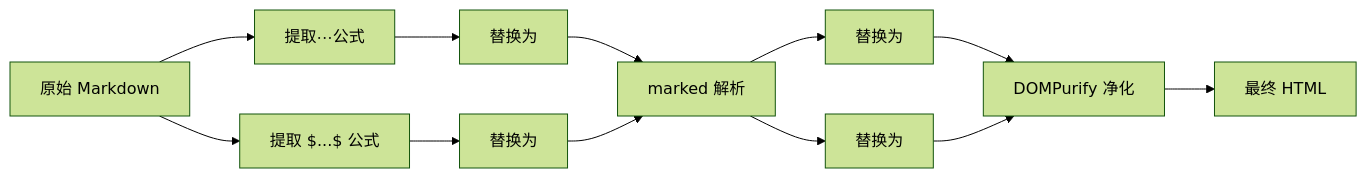
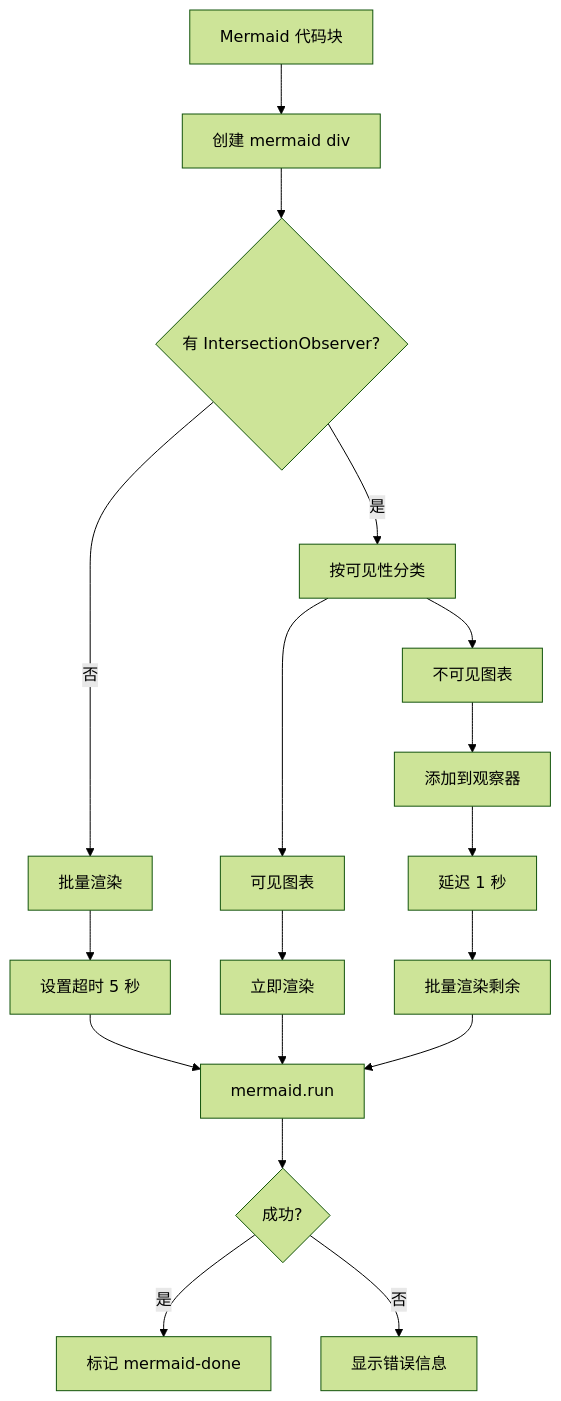
The eighth of 9 diagrams in docs/preview.md (ZCShou/markdown), drawn with Mermaid (forest theme) before and after one commit. The commit also changed other lines of this file and 1 other file, not shown here.

Commit message:
docs: refine architecture and preview documentation with persistence and rendering details

````diff
--- a/docs/preview.md
+++ b/docs/preview.md
@@ -2095,14 +852,24 @@
 ```mermaid
-graph LR
-    A[原始 Markdown] --> B[提取 $$...$$ 公式]
-    A --> C[提取 $...$ 公式]
-    B --> D["替换为 <x-math-block>"]
-    C --> E["替换为 <x-math-inline>"]
-    D --> F[marked 解析]
-    E --> F
-    F --> G["替换为 <div class=math-block>"]
-    F --> H["替换为 <span class=math-inline>"]
-    G --> I[DOMPurify 净化]
-    H --> I
-    I --> J[最终 HTML]
+graph TD
+    A[Mermaid 代码块] --> B[创建 mermaid div]
+    B --> C{有 IntersectionObserver?}
+    C -->|是| D[按可见性分类]
+    C -->|否| E[批量渲染]
+    
+    D --> F[可见图表]
+    D --> G[不可见图表]
+    
+    F --> H[立即渲染]
+    G --> I[添加到观察器]
+    I --> J[延迟 1 秒]
+    J --> K[批量渲染剩余]
+    
+    E --> L[设置超时 5 秒]
+    L --> M[mermaid.run]
+    H --> M
+    K --> M
+    
+    M --> N{成功?}
+    N -->|是| O[标记 mermaid-done]
+    N -->|否| P[显示错误信息]
 ```
````
